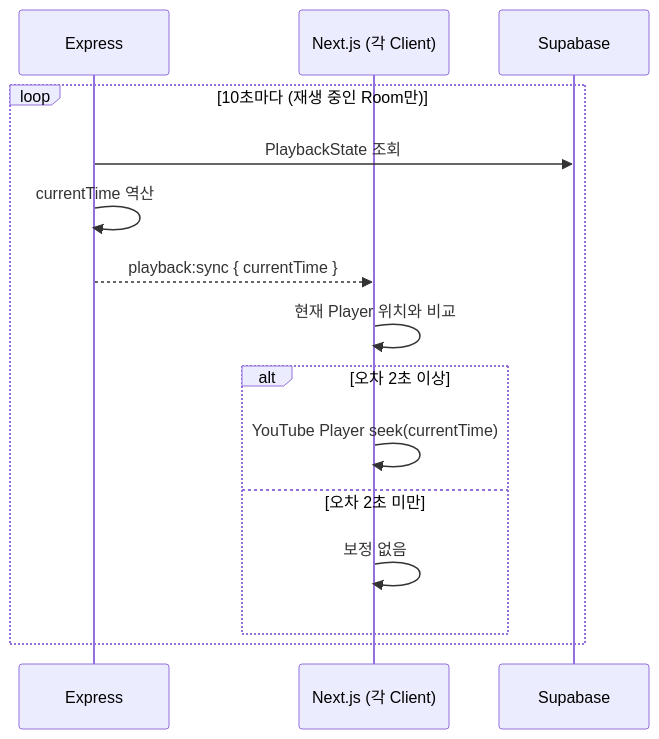
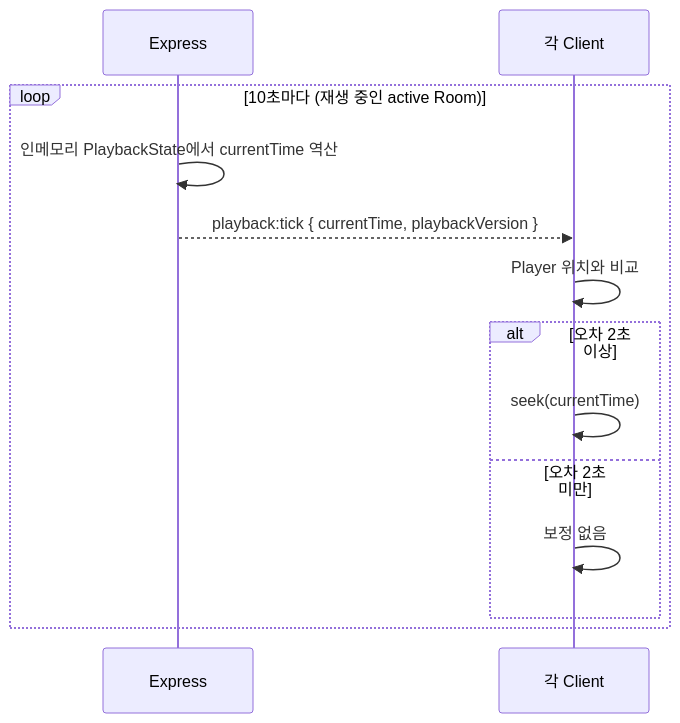
Before and after one commit to TechUP-SYFITY/SYFITY: the third of 5 diagrams in docs/03-realtime-sync-design.md, drawn with Mermaid. The commit also changed other lines of this file and 11 other files, not shown here.

````diff
--- a/docs/03-realtime-sync-design.md
+++ b/docs/03-realtime-sync-design.md
@@ -196,18 +209,16 @@
 ```mermaid
 sequenceDiagram
     participant BE as Express
-    participant FE as Next.js (각 Client)
-    participant DB as Supabase
+    participant FE as 각 Client
 
-    loop 10초마다 (재생 중인 Room만)
-        BE->>DB: PlaybackState 조회
-        BE->>BE: currentTime 역산
-        BE-->>FE: playback:sync { currentTime }
-        FE->>FE: 현재 Player 위치와 비교
+    loop 10초마다 (재생 중인 active Room)
+        BE->>BE: 인메모리 PlaybackState에서 currentTime 역산
+        BE-->>FE: playback:tick { currentTime, playbackVersion }
+        FE->>FE: Player 위치와 비교
         alt 오차 2초 이상
-            FE->>FE: YouTube Player seek(currentTime)
+            FE->>FE: seek(currentTime)
         else 오차 2초 미만
             FE->>FE: 보정 없음
         end
     end
 ```
````
